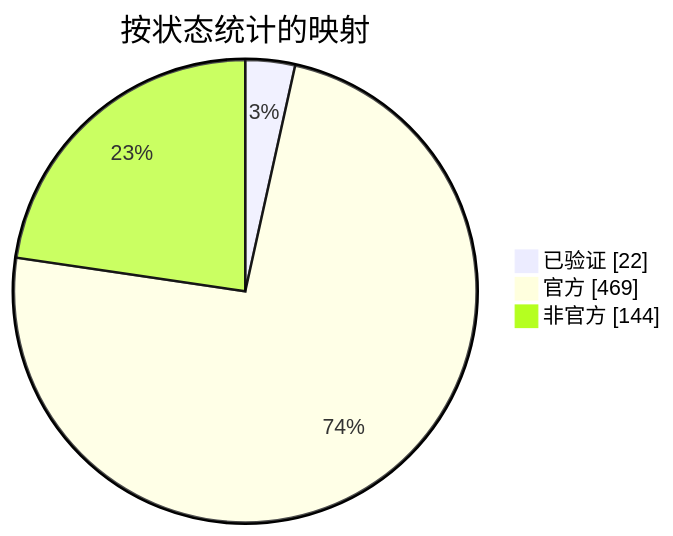
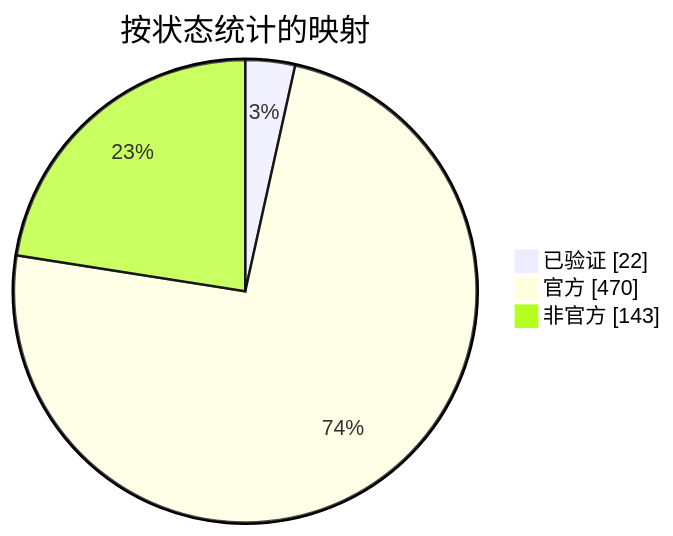
Before and after one commit to nobrega8/mbmap-library: the diagram in docs/readme/README_ZHS.md, drawn with Mermaid. The commit also changed 6 other files, not shown here.

````diff
--- a/docs/readme/README_ZHS.md
+++ b/docs/readme/README_ZHS.md
@@ -54,7 +54,7 @@
 ```mermaid
 pie showData
     title 按状态统计的映射
     "已验证" : 22
-    "官方" : 469
-    "非官方" : 144
+    "官方" : 470
+    "非官方" : 143
 ```
````
